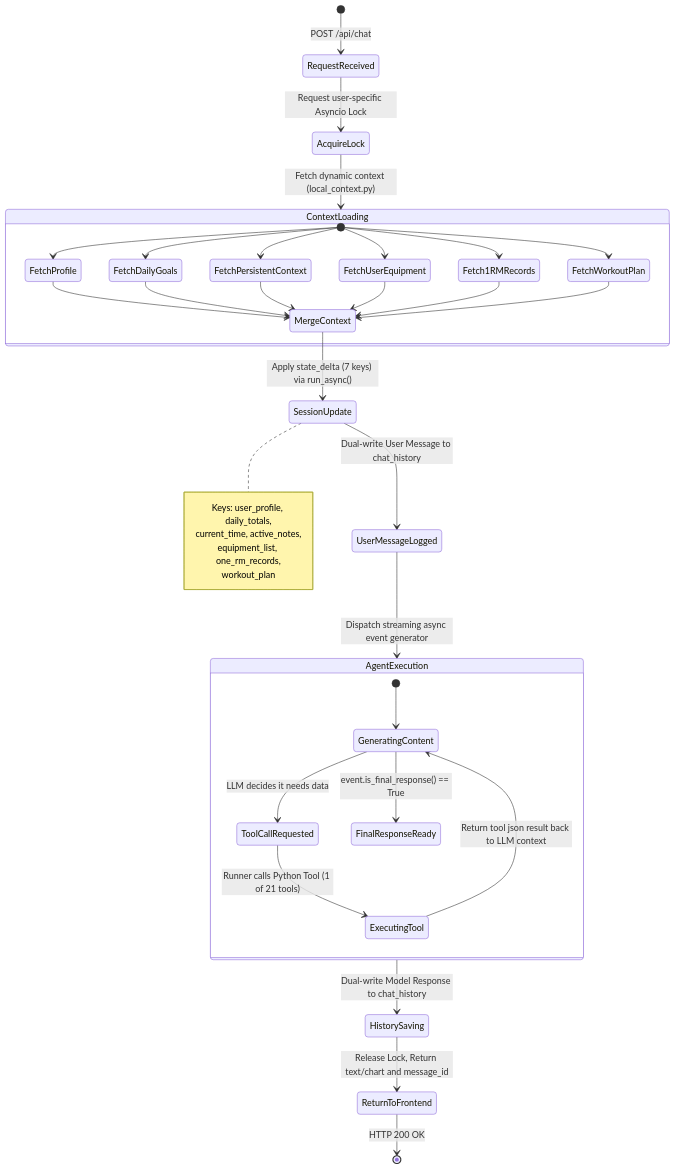
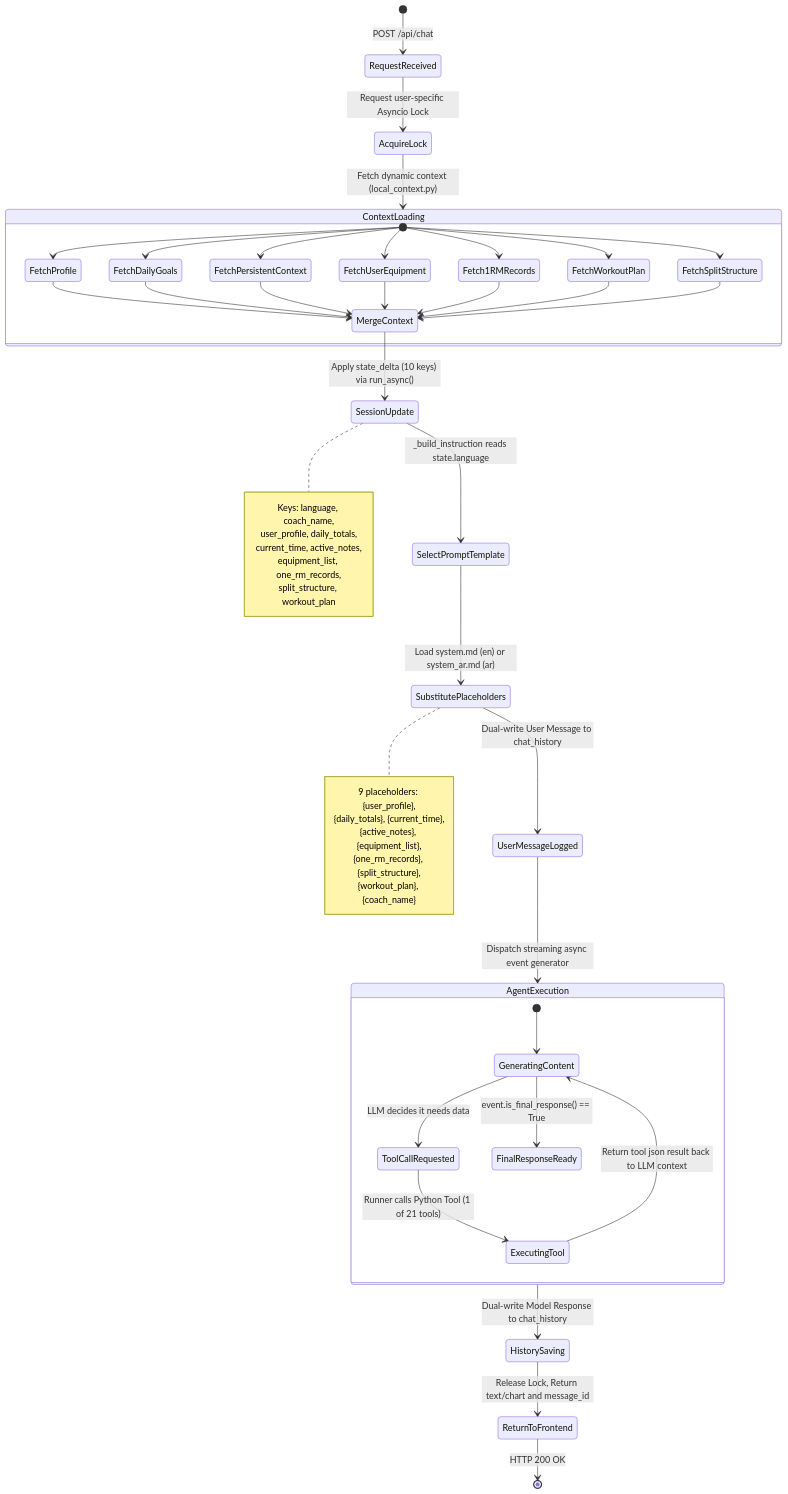
Before and after one commit to zi-crypto/nutrisync: the fourth of 14 diagrams in system_docs/state_diagrams.md, drawn with Mermaid. The commit also changed other lines of this file and 7 other files, not shown here.

````diff
--- a/system_docs/state_diagrams.md
+++ b/system_docs/state_diagrams.md
@@ -87,48 +138,62 @@
 ```mermaid
 stateDiagram-v2
   [*] --> RequestReceived : POST /api/chat
 
   RequestReceived --> AcquireLock : Request user-specific Asyncio Lock
   AcquireLock --> ContextLoading : Fetch dynamic context (local_context.py)
   
   state ContextLoading {
      [*] --> FetchProfile
      [*] --> FetchDailyGoals
      [*] --> FetchPersistentContext
      [*] --> FetchUserEquipment
      [*] --> Fetch1RMRecords
      [*] --> FetchWorkoutPlan
+     [*] --> FetchSplitStructure
      FetchProfile --> MergeContext
      FetchDailyGoals --> MergeContext
      FetchPersistentContext --> MergeContext
      FetchUserEquipment --> MergeContext
      Fetch1RMRecords --> MergeContext
      FetchWorkoutPlan --> MergeContext
+     FetchSplitStructure --> MergeContext
   }
   
-  MergeContext --> SessionUpdate : Apply state_delta (7 keys) via run_async()
+  MergeContext --> SessionUpdate : Apply state_delta (10 keys) via run_async()
   
   note right of SessionUpdate
-    Keys: user_profile, daily_totals,
+    Keys: language, coach_name,
+    user_profile, daily_totals,
     current_time, active_notes,
     equipment_list, one_rm_records,
-    workout_plan
+    split_structure, workout_plan
   end note
   
-  SessionUpdate --> UserMessageLogged : Dual-write User Message to chat_history
+  SessionUpdate --> SelectPromptTemplate : _build_instruction reads state.language
+  SelectPromptTemplate --> SubstitutePlaceholders : Load system.md (en) or system_ar.md (ar)
+  
+  note right of SubstitutePlaceholders
+    9 placeholders: {user_profile},
+    {daily_totals}, {current_time},
+    {active_notes}, {equipment_list},
+    {one_rm_records}, {split_structure},
+    {workout_plan}, {coach_name}
+  end note
+  
+  SubstitutePlaceholders --> UserMessageLogged : Dual-write User Message to chat_history
   
   UserMessageLogged --> AgentExecution : Dispatch streaming async event generator
   
   state AgentExecution {
     [*] --> GeneratingContent
     GeneratingContent --> ToolCallRequested : LLM decides it needs data
     ToolCallRequested --> ExecutingTool : Runner calls Python Tool (1 of 21 tools)
     ExecutingTool --> GeneratingContent : Return tool json result back to LLM context
     GeneratingContent --> FinalResponseReady : event.is_final_response() == True
   }
 
   AgentExecution --> HistorySaving : Dual-write Model Response to chat_history
   
   HistorySaving --> ReturnToFrontend : Release Lock, Return text/chart and message_id
   ReturnToFrontend --> [*] : HTTP 200 OK
 ```
````
